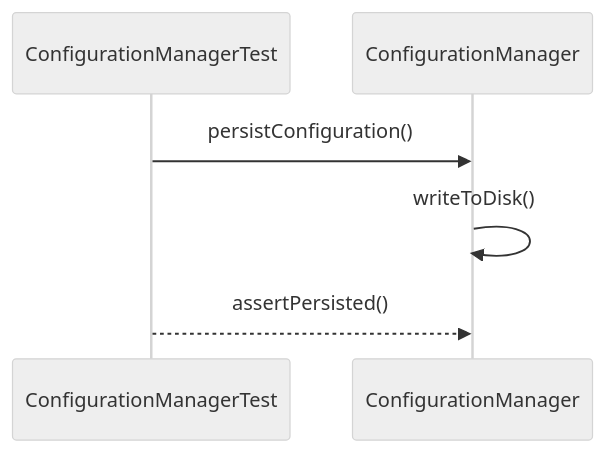
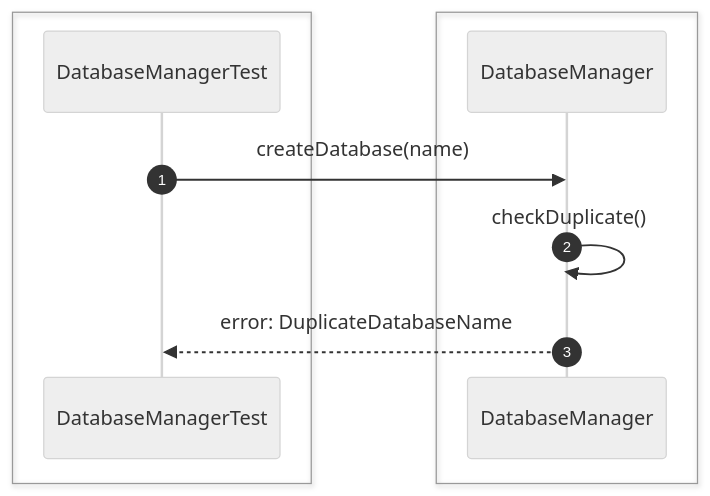
One commit to Huy1801214/dbms-architecture changed diagram 18 of 52 in src/sequence/db-server.md. Above: the diagram before and after it, drawn with Mermaid (neutral theme). The commit also changed other lines of this file and 10 other files, not shown here.

Commit message:
add comprehensive sequence diagrams and documentation for system architecture and unit testing specifications

````diff
--- a/src/sequence/db-server.md
+++ b/src/sequence/db-server.md
@@ -150,10 +321,15 @@
 ```mermaid
 sequenceDiagram
-    participant Test as ConfigurationManagerTest
-    participant Config as ConfigurationManager
+    autonumber
 
-    Test->>Config: persistConfiguration()
-    Config->>Config: writeToDisk()
+    box #e1f5fe Test Suite
+    participant Test as DatabaseManagerTest
+    end
+    box #e3f2fd Server Managers
+    participant Manager as DatabaseManager
+    end
 
-    Test-->>Config: assertPersisted()
+    Test->>Manager: createDatabase(name)
+    Manager->>Manager: checkDuplicate()
+    Manager-->>Test: error: DuplicateDatabaseName
 ```
````
